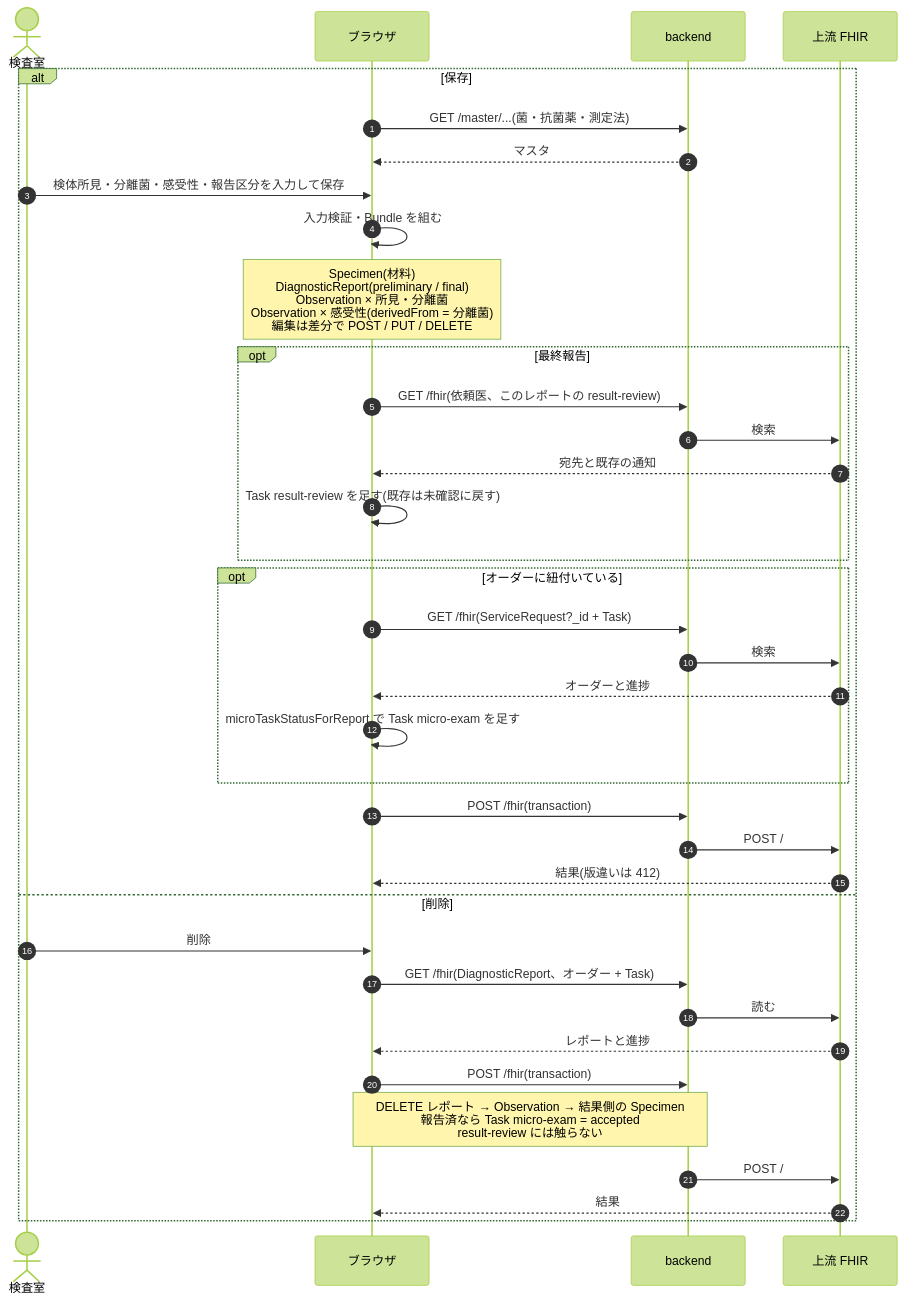
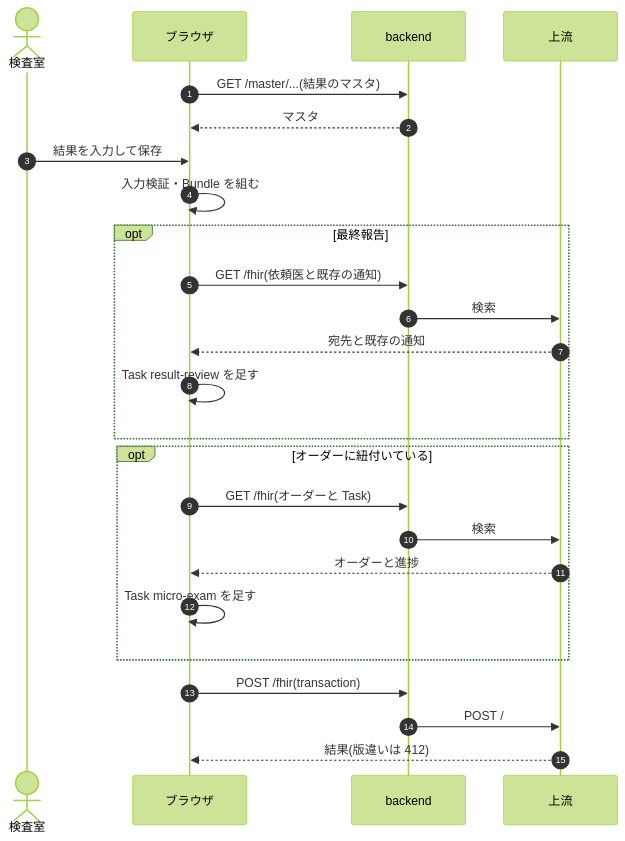
One commit to ysnr-dev/fhir-client-docs changed the tenth of 11 diagrams in docs/dev/micro.md. Above: the diagram before and after it, drawn with Mermaid (forest theme). The commit also changed other lines of this file and 43 other files, not shown here.

Commit message:
docs: 業務フローとシーケンス図を写し直し

````diff
--- a/docs/dev/micro.md
+++ b/docs/dev/micro.md
@@ -201,40 +372,28 @@
 ```mermaid
 sequenceDiagram
   autonumber
   actor Tech as 検査室
   participant UI as ブラウザ
   participant BE as backend
-  participant FHIR as 上流 FHIR
+  participant FHIR as 上流
 
-  alt 保存
-    UI->>BE: GET /master/...(菌・抗菌薬・測定法)
-    BE-->>UI: マスタ
-    Tech->>UI: 検体所見・分離菌・感受性・報告区分を入力して保存
-    UI->>UI: 入力検証・Bundle を組む
-    Note over UI: Specimen(材料)<br/>DiagnosticReport(preliminary / final)<br/>Observation × 所見・分離菌<br/>Observation × 感受性(derivedFrom = 分離菌)<br/>編集は差分で POST / PUT / DELETE
-    opt 最終報告
-      UI->>BE: GET /fhir(依頼医、このレポートの result-review)
-      BE->>FHIR: 検索
-      FHIR-->>UI: 宛先と既存の通知
-      UI->>UI: Task result-review を足す(既存は未確認に戻す)
-    end
-    opt オーダーに紐付いている
-      UI->>BE: GET /fhir(ServiceRequest?_id + Task)
-      BE->>FHIR: 検索
-      FHIR-->>UI: オーダーと進捗
-      UI->>UI: microTaskStatusForReport で Task micro-exam を足す
-    end
-    UI->>BE: POST /fhir(transaction)
-    BE->>FHIR: POST /
-    FHIR-->>UI: 結果(版違いは 412)
-  else 削除
-    Tech->>UI: 削除
-    UI->>BE: GET /fhir(DiagnosticReport、オーダー + Task)
-    BE->>FHIR: 読む
-    FHIR-->>UI: レポートと進捗
-    UI->>BE: POST /fhir(transaction)
-    Note over UI,BE: DELETE レポート → Observation → 結果側の Specimen<br/>報告済なら Task micro-exam = accepted<br/>result-review には触らない
-    BE->>FHIR: POST /
-    FHIR-->>UI: 結果
+  UI->>BE: GET /master/...(結果のマスタ)
+  BE-->>UI: マスタ
+  Tech->>UI: 結果を入力して保存
+  UI->>UI: 入力検証・Bundle を組む
+  opt 最終報告
+    UI->>BE: GET /fhir(依頼医と既存の通知)
+    BE->>FHIR: 検索
+    FHIR-->>UI: 宛先と既存の通知
+    UI->>UI: Task result-review を足す
   end
+  opt オーダーに紐付いている
+    UI->>BE: GET /fhir(オーダーと Task)
+    BE->>FHIR: 検索
+    FHIR-->>UI: オーダーと進捗
+    UI->>UI: Task micro-exam を足す
+  end
+  UI->>BE: POST /fhir(transaction)
+  BE->>FHIR: POST /
+  FHIR-->>UI: 結果(版違いは 412)
 ```
````
